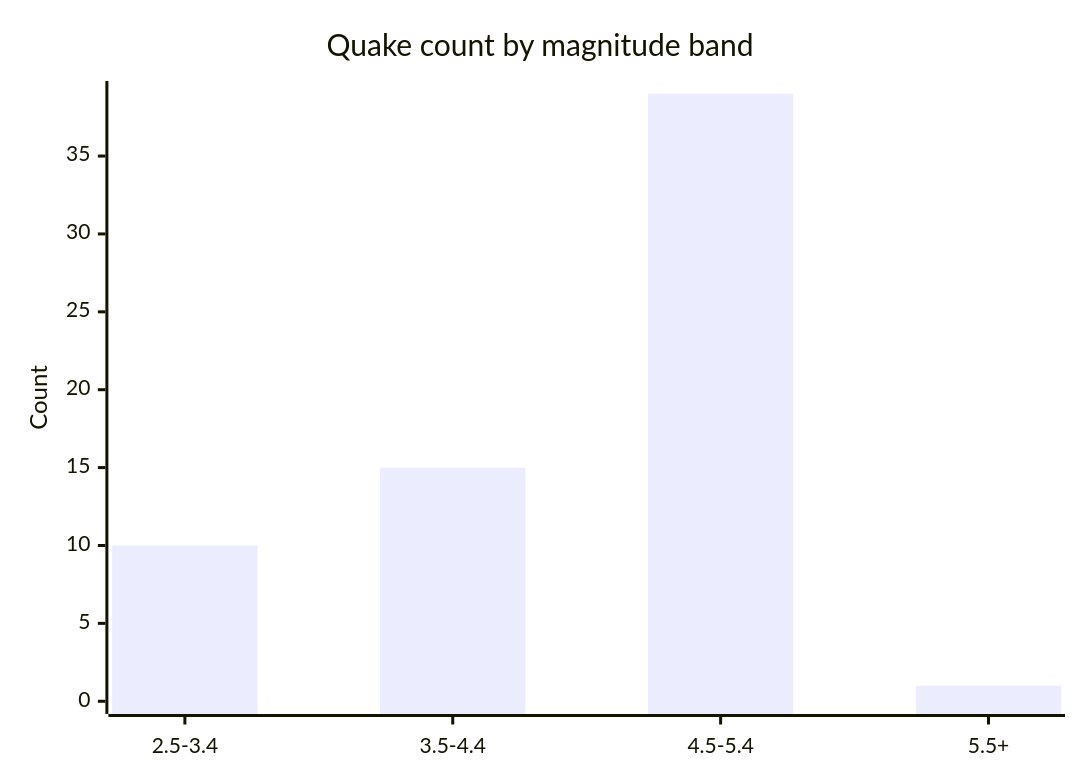
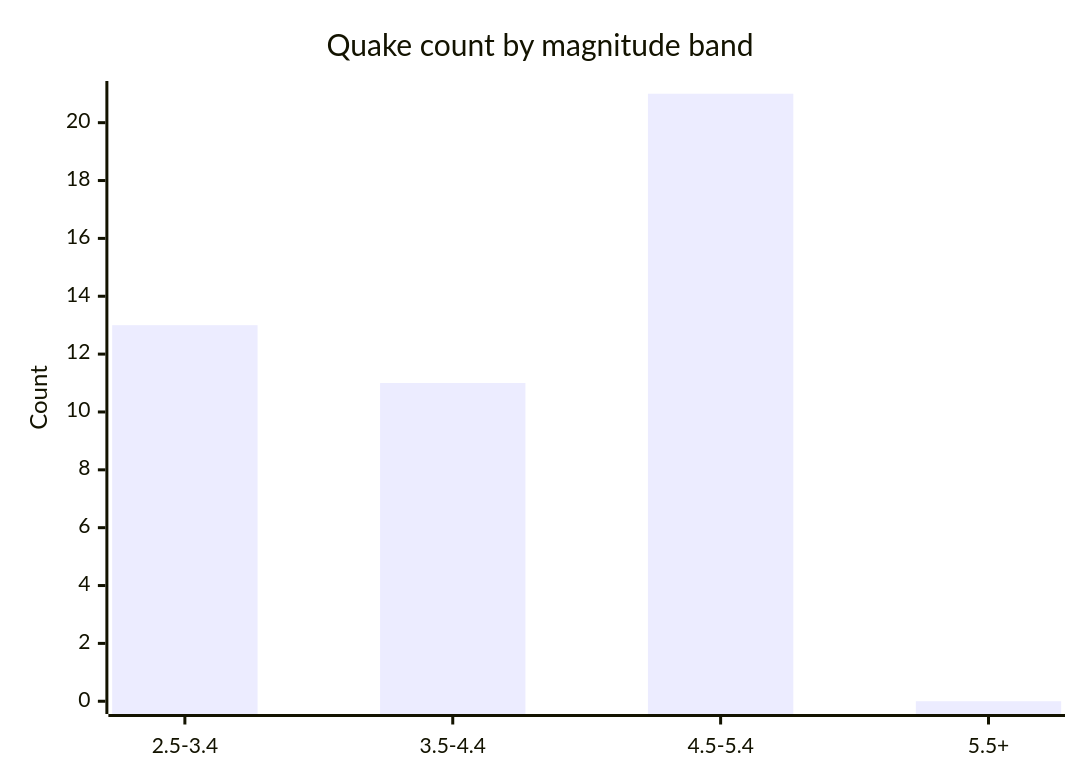
Before and after one commit to Midwest-Stratospheric/aerostratospheric-defense-gir: the fifth of 6 diagrams in docs/GRAPHS.md, drawn with Mermaid. The commit also changed other lines of this file and 25 other files, not shown here.

````diff
--- a/docs/GRAPHS.md
+++ b/docs/GRAPHS.md
@@ -82,7 +82,7 @@
 ```mermaid
 xychart-beta
   title "Quake count by magnitude band"
   x-axis ["2.5-3.4", "3.5-4.4", "4.5-5.4", "5.5+"]
-  y-axis "Count" 0 --> 39
-  bar [10, 15, 39, 1]
+  y-axis "Count" 0 --> 21
+  bar [13, 11, 21, 0]
 ```
````
